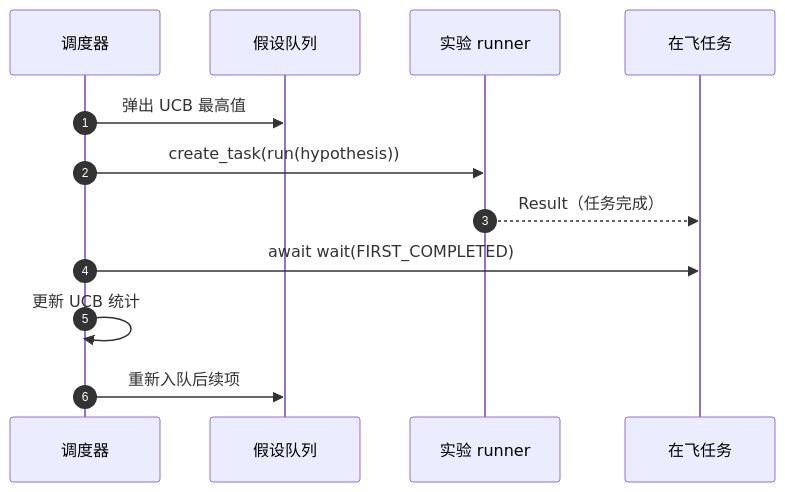
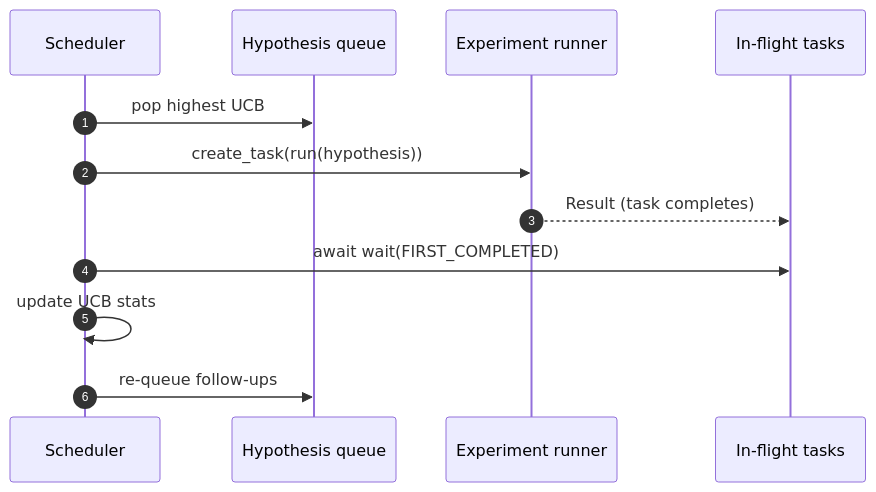
Before and after one commit to xiaojiaenen/ai-engineering-from-scratch-zh: the third of 3 diagrams in i18n/zh/phases/19-capstone-projects/56-iteration-scheduler/docs/zh.md, drawn with Mermaid. The commit also changed other lines of this file and 85 other files, not shown here.

````diff
--- a/i18n/zh/phases/19-capstone-projects/56-iteration-scheduler/docs/zh.md
+++ b/i18n/zh/phases/19-capstone-projects/56-iteration-scheduler/docs/zh.md
@@ -77,14 +76,14 @@
 ```mermaid
 sequenceDiagram
     autonumber
-    participant S as 调度器
-    participant Q as 假设队列
-    participant R as 实验 runner
-    participant T as 在飞任务
-    S->>Q: 弹出 UCB 最高值
+    participant S as Scheduler
+    participant Q as Hypothesis queue
+    participant R as Experiment runner
+    participant T as In-flight tasks
+    S->>Q: pop highest UCB
     S->>R: create_task(run(hypothesis))
-    R-->>T: Result（任务完成）
+    R-->>T: Result (task completes)
     S->>T: await wait(FIRST_COMPLETED)
-    S->>S: 更新 UCB 统计
-    S->>Q: 重新入队后续项
+    S->>S: update UCB stats
+    S->>Q: re-queue follow-ups
 ```
````
